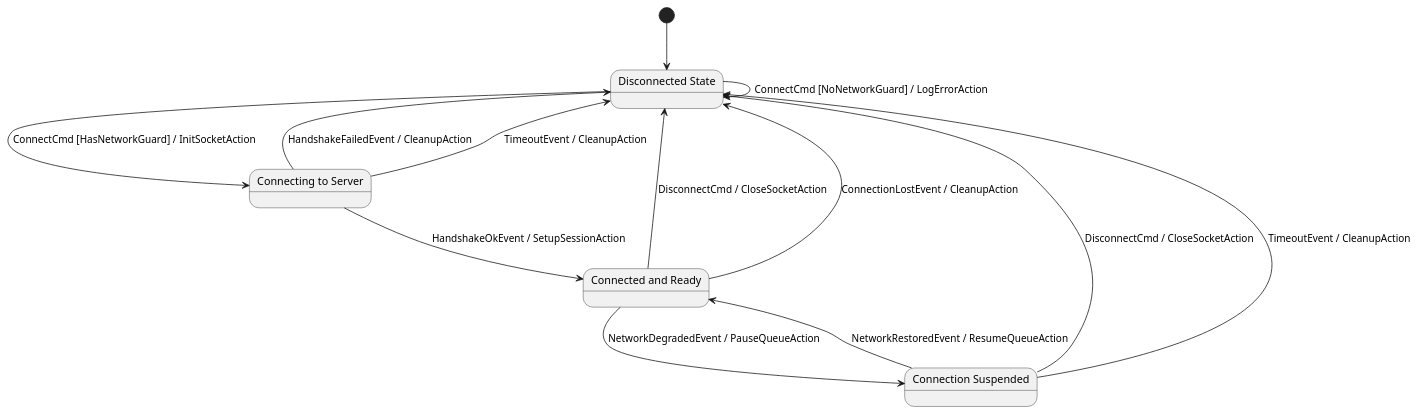
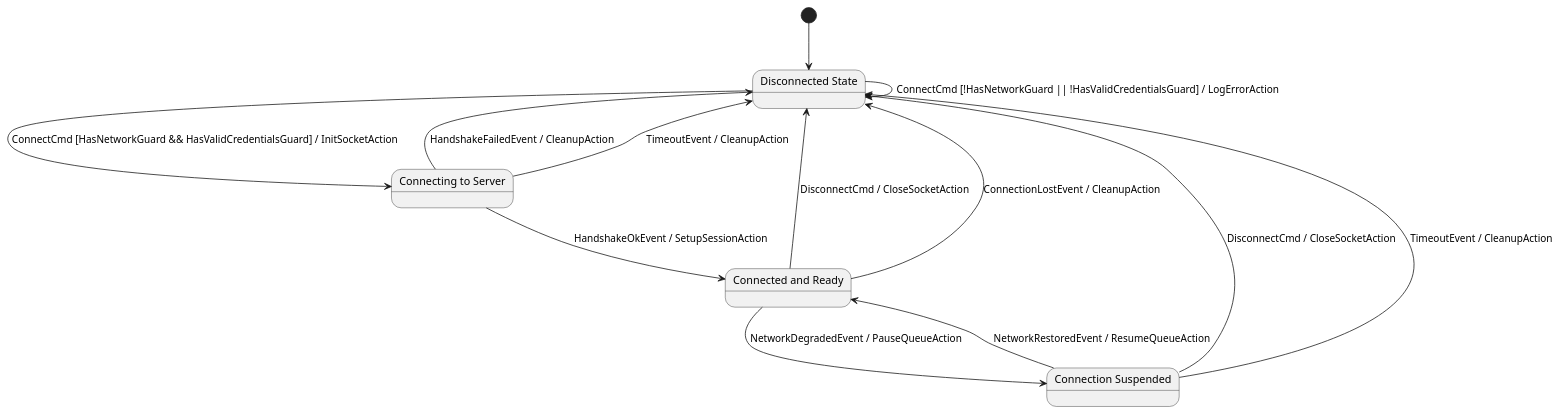
The diagram in examples/connection_manager/connection.puml (simoneCavalleri/fsmc), drawn with PlantUML before and after one commit. The commit also changed 12 other files, not shown here.

```diff
--- a/examples/connection_manager/connection.puml
+++ b/examples/connection_manager/connection.puml
@@ -1,23 +1,23 @@
 @startuml
 [*] --> Disconnected
 
 state "Disconnected State" as Disconnected
 state "Connecting to Server" as Connecting
 state "Connected and Ready" as Connected
 state "Connection Suspended" as Suspended
 
-Disconnected --> Connecting : ConnectCmd [HasNetworkGuard] / InitSocketAction
-Disconnected --> Disconnected : ConnectCmd [NoNetworkGuard] / LogErrorAction
+Disconnected --> Connecting : ConnectCmd [HasNetworkGuard && HasValidCredentialsGuard] / InitSocketAction
+Disconnected --> Disconnected : ConnectCmd [!HasNetworkGuard || !HasValidCredentialsGuard] / LogErrorAction
 
 Connecting --> Connected : HandshakeOkEvent / SetupSessionAction
 Connecting --> Disconnected : HandshakeFailedEvent / CleanupAction
 Connecting --> Disconnected : TimeoutEvent / CleanupAction
 
 Connected --> Suspended : NetworkDegradedEvent / PauseQueueAction
 Connected --> Disconnected : DisconnectCmd / CloseSocketAction
 Connected --> Disconnected : ConnectionLostEvent / CleanupAction
 
 Suspended --> Connected : NetworkRestoredEvent / ResumeQueueAction
 Suspended --> Disconnected : DisconnectCmd / CloseSocketAction
 Suspended --> Disconnected : TimeoutEvent / CleanupAction
 @enduml
```
